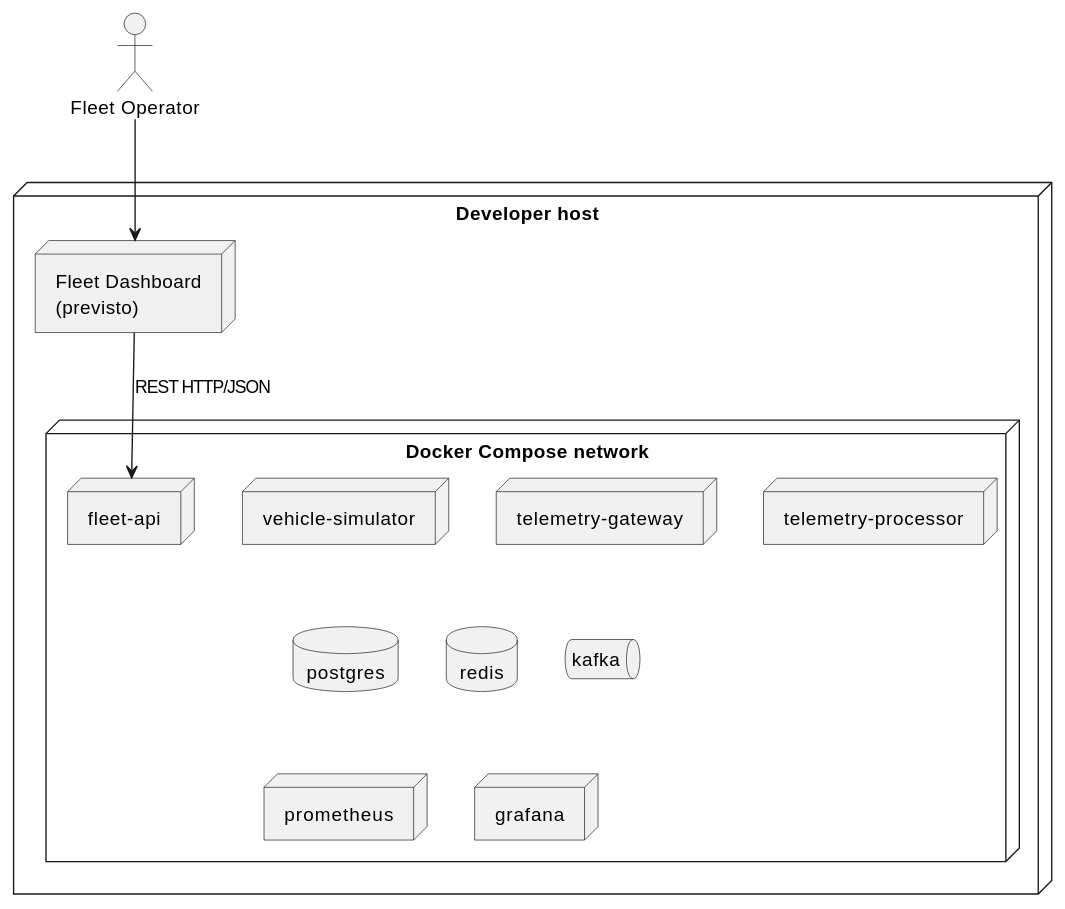
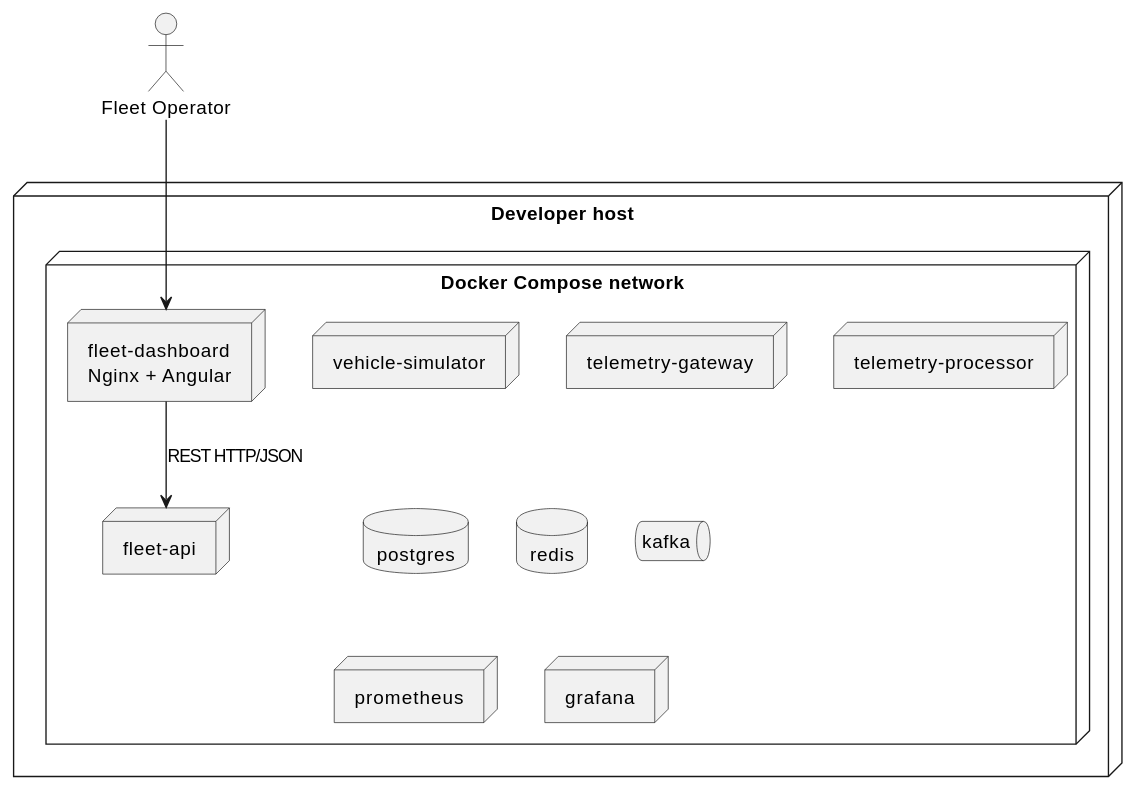
Before and after one commit to val3riot/FleetPulse: the diagram in docs/13_DEPLOYMENT.md, drawn with PlantUML. The commit also changed other lines of this file and 17 other files, not shown here.

Commit message:
feat(frontend): containerize dashboard with non-root nginx

````diff
--- a/docs/13_DEPLOYMENT.md
+++ b/docs/13_DEPLOYMENT.md
@@ -5,21 +5,21 @@
 ```plantuml
 @startuml
 actor "Fleet Operator" as Operator
 node "Developer host" {
-  node "Fleet Dashboard\n(previsto)" as Dashboard
   node "Docker Compose network" {
     node "vehicle-simulator"
     node "telemetry-gateway"
     node "telemetry-processor"
+    node "fleet-dashboard\nNginx + Angular" as Dashboard
     node "fleet-api" as API
     database "postgres"
     database "redis"
     queue "kafka"
     node "prometheus"
     node "grafana"
   }
 }
 Operator --> Dashboard
 Dashboard --> API : REST HTTP/JSON
 @enduml
 ```
````
